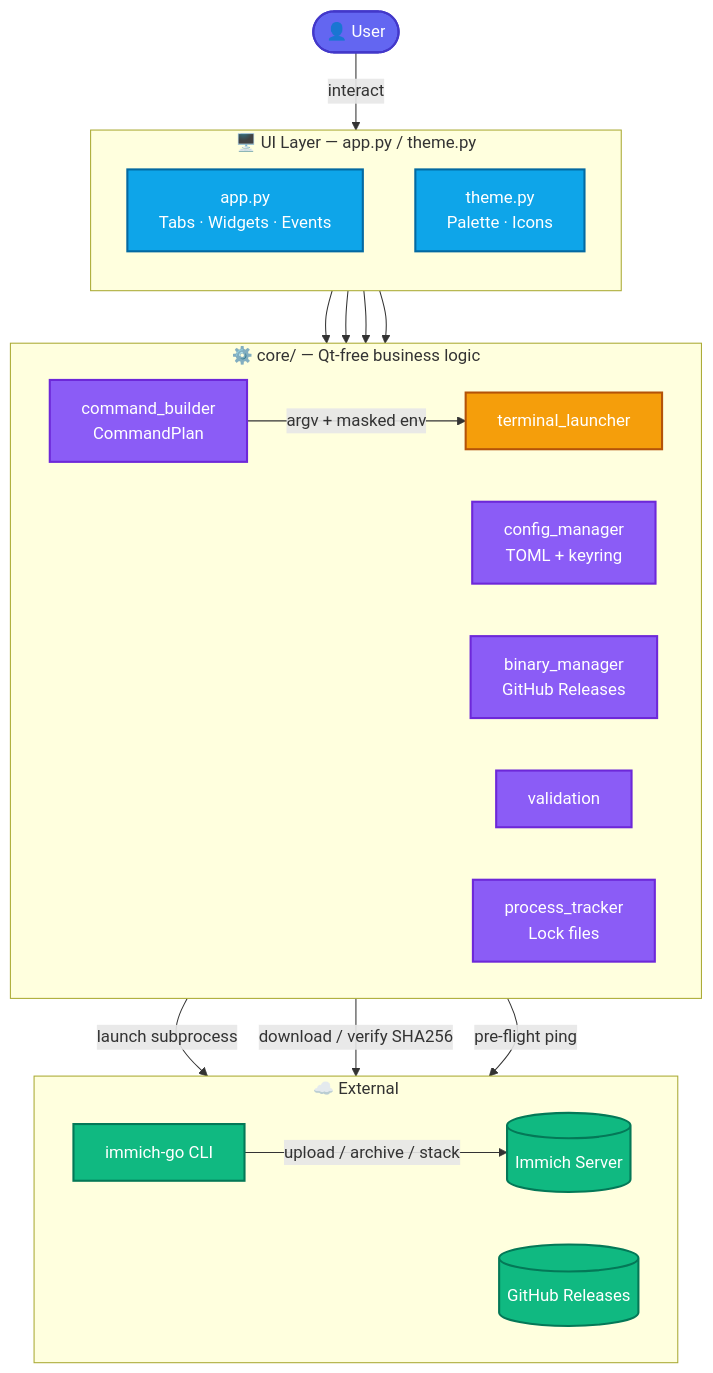
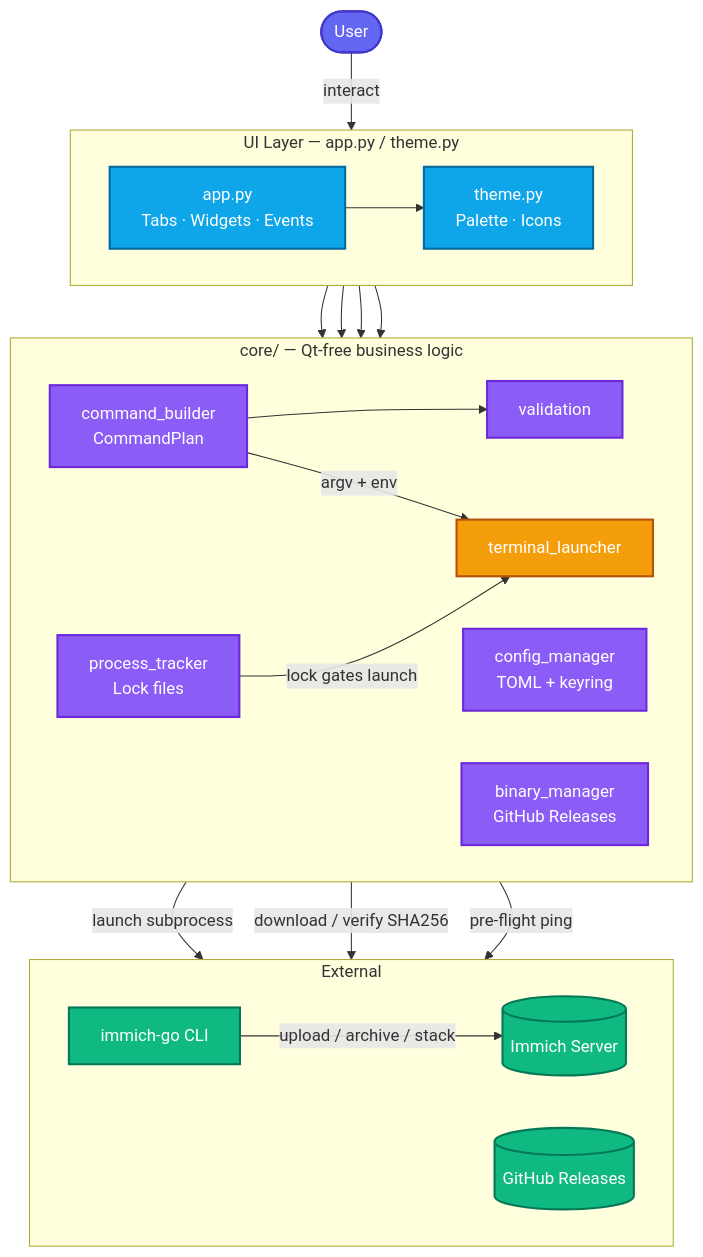
One commit to JESIII/immich-go-gui changed the first of 3 diagrams in docs/developer-guide/architecture.md. Above: the diagram before and after it, drawn with Mermaid. The commit also changed other lines of this file and 23 other files, not shown here.

````diff
--- a/docs/developer-guide/architecture.md
+++ b/docs/developer-guide/architecture.md
@@ -7,45 +7,47 @@
 ```mermaid
 flowchart TB
     classDef userStyle fill:#6366f1,stroke:#4338ca,color:#fff,stroke-width:2px
     classDef uiStyle fill:#0ea5e9,stroke:#0369a1,color:#fff,stroke-width:2px
     classDef coreStyle fill:#8b5cf6,stroke:#6d28d9,color:#fff,stroke-width:2px
     classDef runStyle fill:#f59e0b,stroke:#b45309,color:#fff,stroke-width:2px
     classDef extStyle fill:#10b981,stroke:#047857,color:#fff,stroke-width:2px
-    classDef storStyle fill:#ec4899,stroke:#be185d,color:#fff,stroke-width:2px
 
-    User([👤 User]):::userStyle
+    User([User]):::userStyle
 
-    subgraph UI["🖥️  UI Layer — app.py / theme.py"]
-        direction TB
-        AppPy[app.py\nTabs · Widgets · Events]:::uiStyle
-        ThemePy[theme.py\nPalette · Icons]:::uiStyle
+    subgraph UI["UI Layer — app.py / theme.py"]
+        direction LR
+        AppPy[app.py<br/>Tabs · Widgets · Events]:::uiStyle
+        ThemePy[theme.py<br/>Palette · Icons]:::uiStyle
     end
 
-    subgraph Core["⚙️  core/ — Qt-free business logic"]
+    subgraph Core["core/ — Qt-free business logic"]
         direction LR
-        Builder[command_builder\nCommandPlan]:::coreStyle
-        Config[config_manager\nTOML + keyring]:::coreStyle
-        BinMgr[binary_manager\nGitHub Releases]:::coreStyle
+        Builder[command_builder<br/>CommandPlan]:::coreStyle
         Validator[validation]:::coreStyle
-        Tracker[process_tracker\nLock files]:::coreStyle
+        Config[config_manager<br/>TOML + keyring]:::coreStyle
+        BinMgr[binary_manager<br/>GitHub Releases]:::coreStyle
+        Tracker[process_tracker<br/>Lock files]:::coreStyle
         Terminal[terminal_launcher]:::runStyle
     end
 
-    subgraph Ext["☁️  External"]
+    subgraph Ext["External"]
         direction LR
         ImmichGo[immich-go CLI]:::extStyle
         ImmichAPI[(Immich Server)]:::extStyle
         GitHub[(GitHub Releases)]:::extStyle
     end
 
-    User -->|interact| UI
+    User -->|interact| AppPy
+    AppPy --> ThemePy
     AppPy --> Builder
+    Builder --> Validator
     AppPy --> Config
     AppPy --> BinMgr
     AppPy --> Tracker
-    Builder -->|argv + masked env| Terminal
+    Builder -->|argv + env| Terminal
+    Tracker -->|lock gates launch| Terminal
     Terminal -->|launch subprocess| ImmichGo
     BinMgr -->|download / verify SHA256| GitHub
     Config -->|pre-flight ping| ImmichAPI
     ImmichGo -->|upload / archive / stack| ImmichAPI
 ```
````
